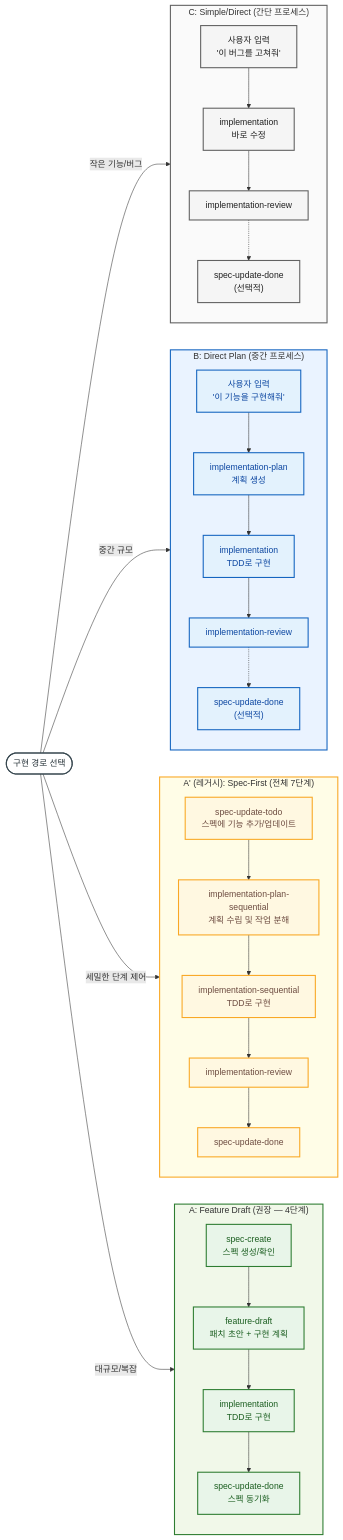
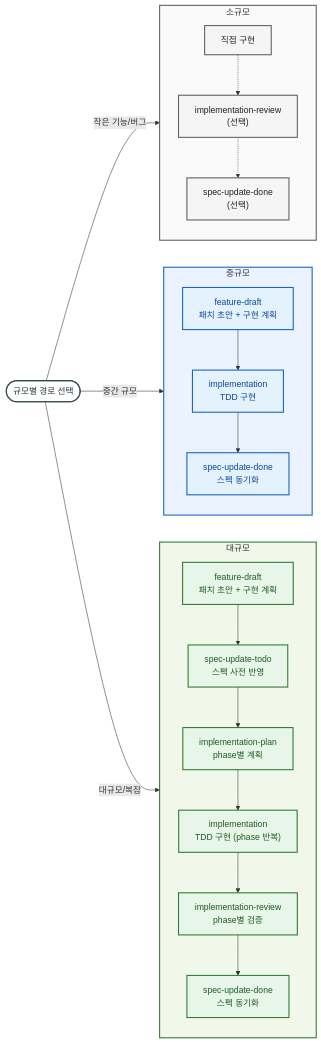
Before and after one commit to malfo-y/sdd-skills: the third of 6 diagrams in SDD_WORKFLOW.md, drawn with Mermaid. The commit also changed other lines of this file and 1 other file, not shown here.

````diff
--- a/SDD_WORKFLOW.md
+++ b/SDD_WORKFLOW.md
@@ -199,64 +194,47 @@
 ```mermaid
 flowchart LR
-    Start(["구현 경로 선택"]):::start
+    Start(["규모별 경로 선택"]):::start
 
-    %% 경로 A (권장)
-    subgraph A["A: Feature Draft (권장 — 4단계)"]
+    %% 대규모
+    subgraph L["대규모"]
         direction TB
-        A1["spec-create<br/>스펙 생성/확인"]:::rec
-        A2["feature-draft<br/>패치 초안 + 구현 계획"]:::rec
-        A3["implementation<br/>TDD로 구현"]:::rec
-        A4["spec-update-done<br/>스펙 동기화"]:::rec
-        A1 --> A2 --> A3 --> A4
+        L1["feature-draft<br/>패치 초안 + 구현 계획"]:::large
+        L2["spec-update-todo<br/>스펙 사전 반영"]:::large
+        L3["implementation-plan<br/>phase별 계획"]:::large
+        L4["implementation<br/>TDD 구현 (phase 반복)"]:::large
+        L5["implementation-review<br/>phase별 검증"]:::large
+        L6["spec-update-done<br/>스펙 동기화"]:::large
+        L1 --> L2 --> L3 --> L4 --> L5 --> L6
     end
 
-    %% 경로 A' (레거시)
-    subgraph Aprime["A' (레거시): Spec-First (전체 7단계)"]
+    %% 중규모
+    subgraph M["중규모"]
         direction TB
-        A1p["spec-update-todo<br/>스펙에 기능 추가/업데이트"]:::legacy
-        A2p["implementation-plan-sequential<br/>계획 수립 및 작업 분해"]:::legacy
-        A3p["implementation-sequential<br/>TDD로 구현"]:::legacy
-        A4p["implementation-review"]:::legacy
-        A5p["spec-update-done"]:::legacy
-        A1p --> A2p --> A3p --> A4p --> A5p
+        M1["feature-draft<br/>패치 초안 + 구현 계획"]:::medium
+        M2["implementation<br/>TDD 구현"]:::medium
+        M3["spec-update-done<br/>스펙 동기화"]:::medium
+        M1 --> M2 --> M3
     end
 
-    %% 경로 B (중간)
-    subgraph B["B: Direct Plan (중간 프로세스)"]
+    %% 소규모
+    subgraph S["소규모"]
         direction TB
-        B0["사용자 입력<br/>'이 기능을 구현해줘'"]:::normal
-        B1["implementation-plan<br/>계획 생성"]:::normal
-        B2["implementation<br/>TDD로 구현"]:::normal
-        B3["implementation-review"]:::normal
-        B4["spec-update-done<br/>(선택적)"]:::normal
-        B0 --> B1 --> B2 --> B3 -.-> B4
+        S0["직접 구현"]:::small
+        S1["implementation-review<br/>(선택)"]:::small
+        S2["spec-update-done<br/>(선택)"]:::small
+        S0 -.-> S1 -.-> S2
     end
 
-    %% 경로 C (간단)
-    subgraph C["C: Simple/Direct (간단 프로세스)"]
-        direction TB
-        C0["사용자 입력<br/>'이 버그를 고쳐줘'"]:::simple
-        C1["implementation<br/>바로 수정"]:::simple
-        C2["implementation-review"]:::simple
-        C3["spec-update-done<br/>(선택적)"]:::simple
-        C0 --> C1 --> C2 -.-> C3
-    end
+    Start -->|"대규모/복잡"| L1
+    Start -->|"중간 규모"| M1
+    Start -->|"작은 기능/버그"| S0
 
-    %% 선택 가이드 (Start에서 각 경로로)
-    Start -->|"대규모/복잡"| A1
-    Start -->|"세밀한 단계 제어"| A1p
-    Start -->|"중간 규모"| B0
-    Start -->|"작은 기능/버그"| C0
+    classDef start fill:#FFFFFF,stroke:#37474F,stroke-width:2px,color:#263238;
+    classDef large fill:#E8F5E9,stroke:#2E7D32,stroke-width:2px,color:#1B5E20;
+    classDef medium fill:#E3F2FD,stroke:#1565C0,stroke-width:2px,color:#0D47A1;
+    classDef small fill:#F5F5F5,stroke:#616161,stroke-width:2px,color:#212121;
 
-    %% 스타일
-    classDef start fill:#FFFFFF,stroke:#37474F,stroke-width:2px,color:#263238;
-    classDef rec fill:#E8F5E9,stroke:#2E7D32,stroke-width:2px,color:#1B5E20;
-    classDef legacy fill:#FFF8E1,stroke:#F9A825,stroke-width:2px,color:#6D4C41;
-    classDef normal fill:#E3F2FD,stroke:#1565C0,stroke-width:2px,color:#0D47A1;
-    classDef simple fill:#F5F5F5,stroke:#616161,stroke-width:2px,color:#212121;
-
-    style A stroke:#2E7D32,stroke-width:2px,fill:#F1F8E9
-    style Aprime stroke:#F9A825,stroke-width:2px,fill:#FFFDE7
-    style B stroke:#1565C0,stroke-width:2px,fill:#EAF3FF
-    style C stroke:#616161,stroke-width:2px,fill:#FAFAFA
+    style L stroke:#2E7D32,stroke-width:2px,fill:#F1F8E9
+    style M stroke:#1565C0,stroke-width:2px,fill:#EAF3FF
+    style S stroke:#616161,stroke-width:2px,fill:#FAFAFA
 ```
````
